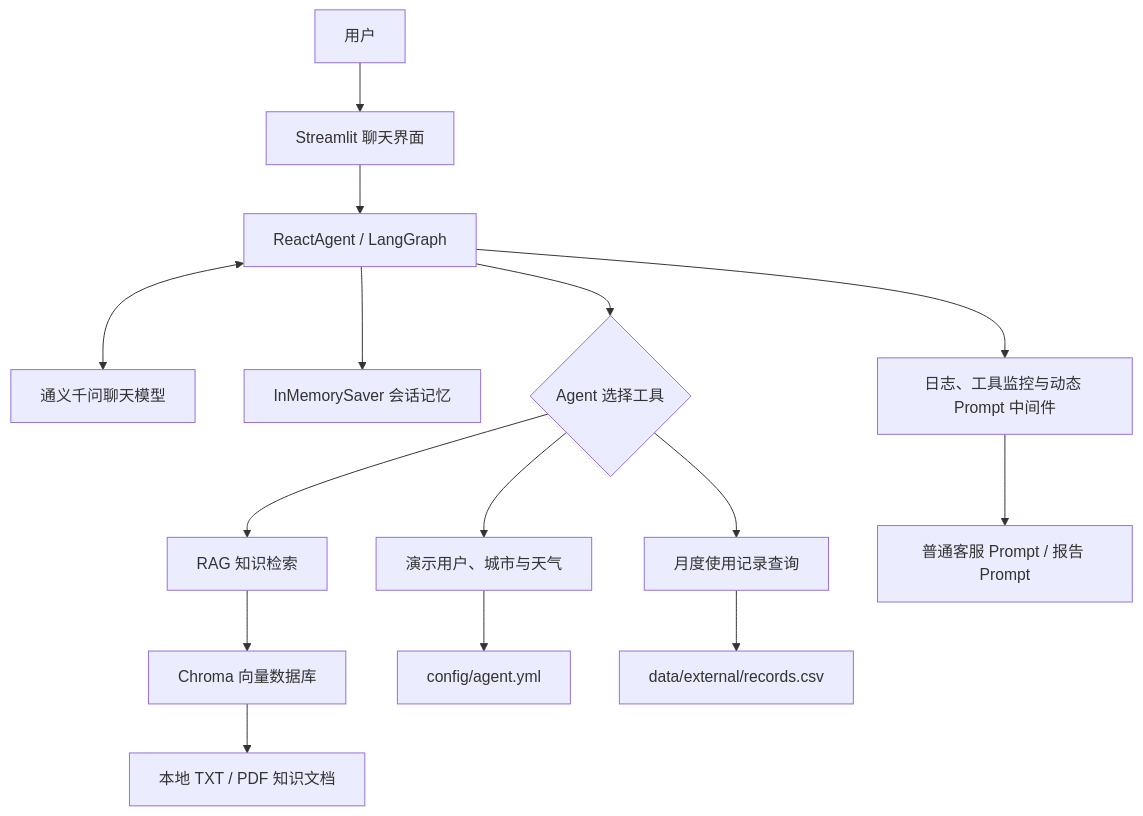
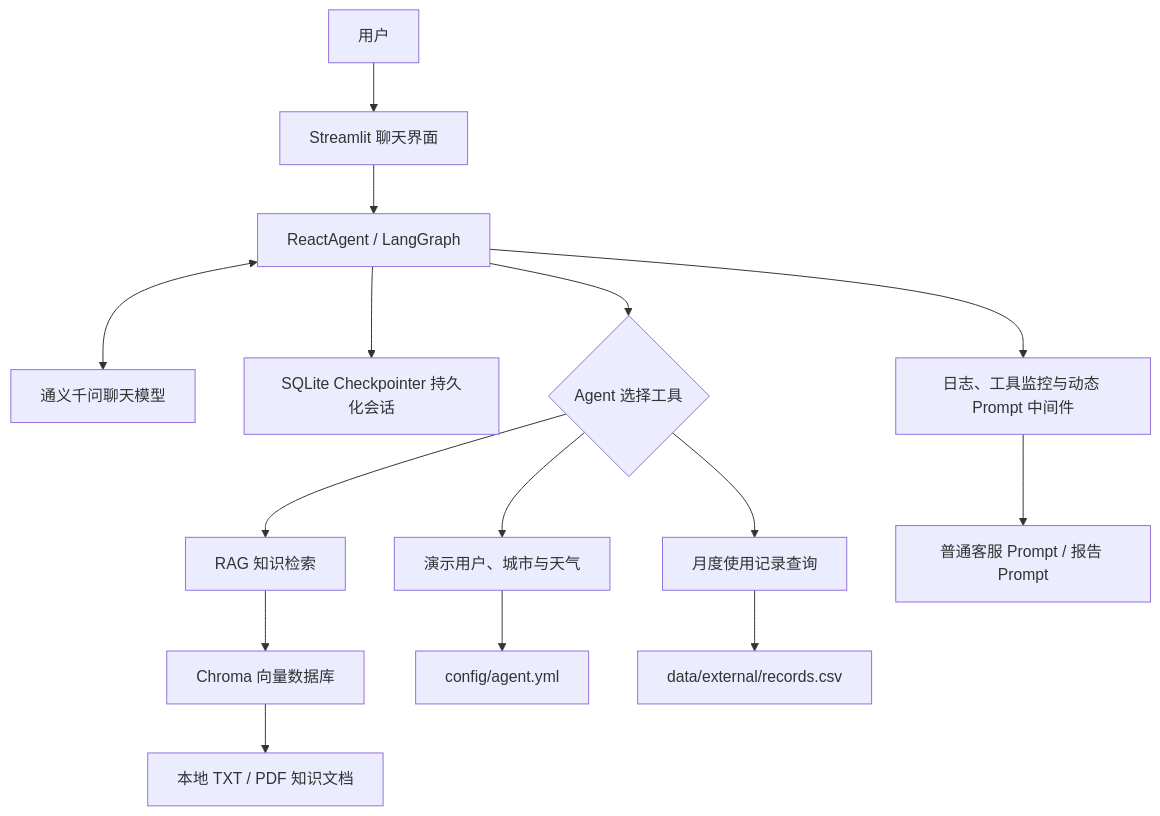
One commit to Wan1ngLunar/smart-cleaning-agent-rag changed the diagram in README.md. Above: the diagram before and after it, drawn with Mermaid. The commit also changed other lines of this file and 10 other files, not shown here.

````diff
--- a/README.md
+++ b/README.md
@@ -34,21 +35,21 @@
 ```mermaid
 flowchart TD
     U["用户"] --> UI["Streamlit 聊天界面"]
     UI --> A["ReactAgent / LangGraph"]
     A <--> M["通义千问聊天模型"]
-    A --> C["InMemorySaver 会话记忆"]
+    A --> C["SQLite Checkpointer 持久化会话"]
     A --> MW["日志、工具监控与动态 Prompt 中间件"]
     A --> T{"Agent 选择工具"}
 
     T --> R["RAG 知识检索"]
     R --> V["Chroma 向量数据库"]
     V --> K["本地 TXT / PDF 知识文档"]
 
     T --> D["演示用户、城市与天气"]
     D --> Y["config/agent.yml"]
 
     T --> E["月度使用记录查询"]
     E --> CSV["data/external/records.csv"]
 
     MW --> P["普通客服 Prompt / 报告 Prompt"]
 ```
````
